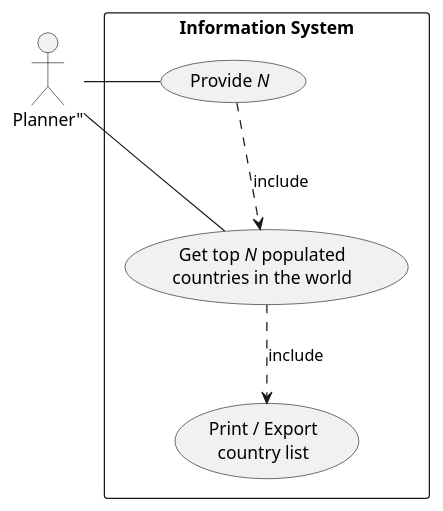
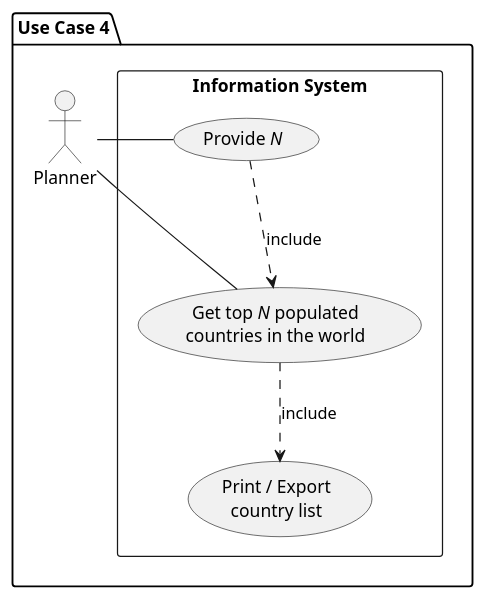
The second of 5 diagrams in use-cases/Use-case-diagrams.puml (oparatte/SET08803-Group1), drawn with PlantUML before and after one commit. The commit also changed other lines of this file, not shown here.

```diff
--- a/use-cases/Use-case-diagrams.puml
+++ b/use-cases/Use-case-diagrams.puml
@@ -16,19 +22,21 @@
 @startuml
 
-actor A1 as "Planner""
+package "Use Case 4" {
+actor A1 as "Planner"
 
 rectangle "Information System" {
     usecase UC4 as "Get top //N// populated
                     countries in the world"
 
     usecase UCa as "Provide //N//"
 
     usecase UCb as "Print / Export
             country list"
 
     A1 - UC4
     A1 - UCa
     UCa ..> UC4 : include
     UC4 ..> UCb : include
 }
+}
 @enduml
```
